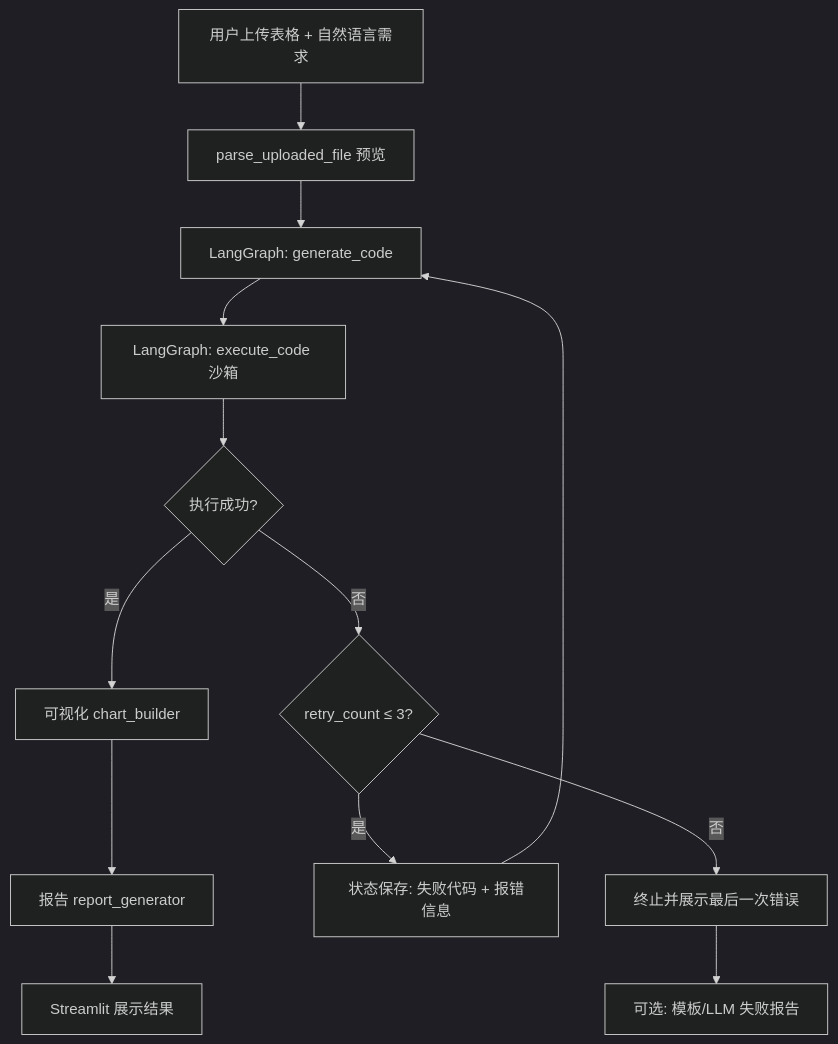
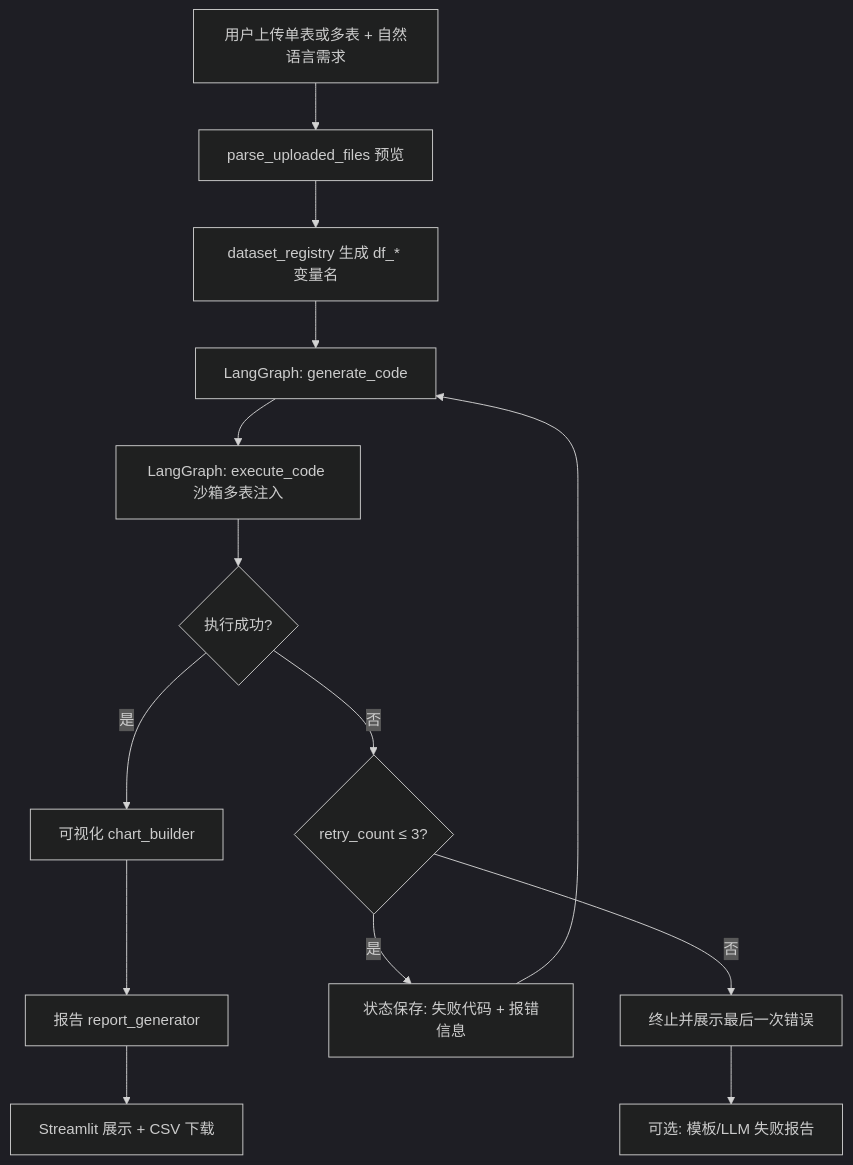
Before and after one commit to pluto328/data_analyst_agent: the diagram in readme.md, drawn with Mermaid (dark theme). The commit also changed other lines of this file and 10 other files, not shown here.

````diff
--- a/readme.md
+++ b/readme.md
@@ -110,15 +141,16 @@
 ```mermaid
 flowchart TD
-    A[用户上传表格 + 自然语言需求] --> B[parse_uploaded_file 预览]
-    B --> C[LangGraph: generate_code]
-    C --> D[LangGraph: execute_code 沙箱]
-    D --> E{执行成功?}
-    E -->|是| F[可视化 chart_builder]
-    F --> G[报告 report_generator]
-    G --> H[Streamlit 展示结果]
-    E -->|否| I{retry_count ≤ 3?}
-    I -->|是| J[状态保存: 失败代码 + 报错信息]
-    J --> C
-    I -->|否| K[终止并展示最后一次错误]
-    K --> L[可选: 模板/LLM 失败报告]
+    A[用户上传单表或多表 + 自然语言需求] --> B[parse_uploaded_files 预览]
+    B --> C[dataset_registry 生成 df_* 变量名]
+    C --> D[LangGraph: generate_code]
+    D --> E[LangGraph: execute_code 沙箱多表注入]
+    E --> F{执行成功?}
+    F -->|是| G[可视化 chart_builder]
+    G --> H[报告 report_generator]
+    H --> I[Streamlit 展示 + CSV 下载]
+    F -->|否| J{retry_count ≤ 3?}
+    J -->|是| K[状态保存: 失败代码 + 报错信息]
+    K --> D
+    J -->|否| L[终止并展示最后一次错误]
+    L --> M[可选: 模板/LLM 失败报告]
 ```
````
